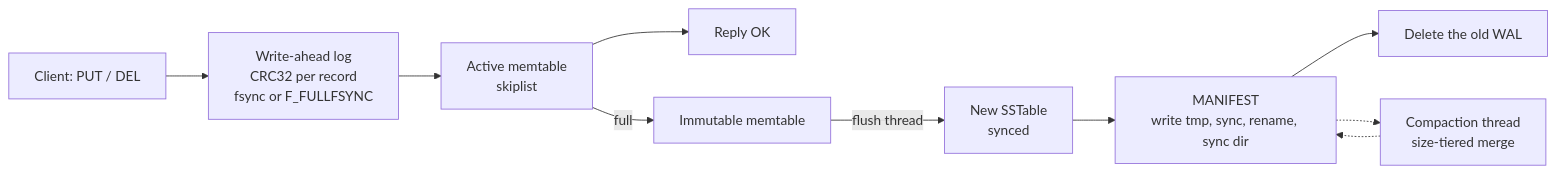
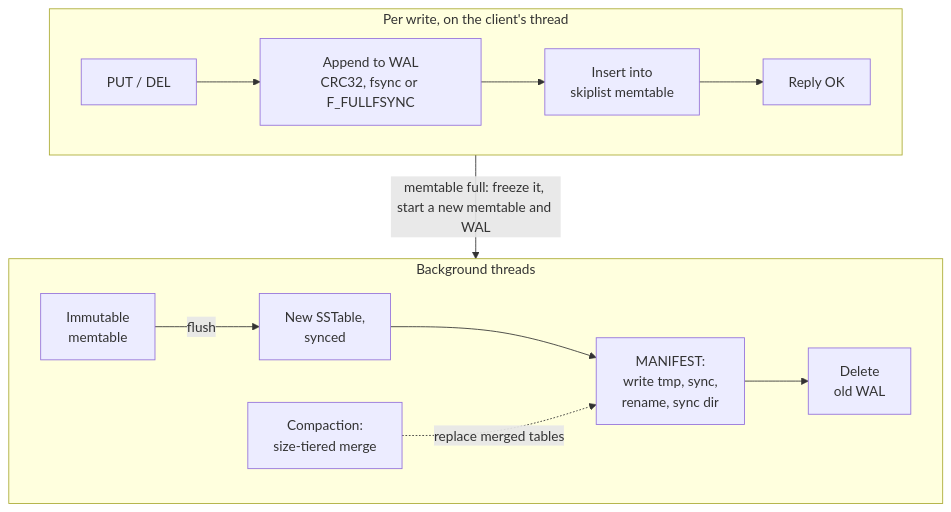
One commit to byteKumar/lsm-kv-store changed the first of 3 diagrams in README.md. Above: the diagram before and after it, drawn with Mermaid. The commit also changed other lines of this file, not shown here.

Commit message:
Make README diagrams fit on GitHub

````diff
--- a/README.md
+++ b/README.md
@@ -21,12 +21,13 @@
 ```mermaid
-flowchart LR
-    C["Client: PUT / DEL"] --> W["Write-ahead log<br/>CRC32 per record<br/>fsync or F_FULLFSYNC"]
-    W --> M["Active memtable<br/>skiplist"]
-    M --> OK["Reply OK"]
-    M -- "full" --> I["Immutable memtable"]
-    I -- "flush thread" --> S["New SSTable<br/>synced"]
-    S --> MF["MANIFEST<br/>write tmp, sync, rename, sync dir"]
-    MF --> D["Delete the old WAL"]
-    MF -.-> CP["Compaction thread<br/>size-tiered merge"]
-    CP -.-> MF
+flowchart TB
+    subgraph FG["Per write, on the client's thread"]
+        direction LR
+        C["PUT / DEL"] --> W["Append to WAL<br/>CRC32, fsync or F_FULLFSYNC"] --> M["Insert into<br/>skiplist memtable"] --> OK["Reply OK"]
+    end
+    subgraph BG["Background threads"]
+        direction LR
+        I["Immutable<br/>memtable"] -- "flush" --> S["New SSTable,<br/>synced"] --> MF["MANIFEST:<br/>write tmp, sync,<br/>rename, sync dir"] --> D["Delete<br/>old WAL"]
+        CP["Compaction:<br/>size-tiered merge"] -. "replace merged tables" .-> MF
+    end
+    FG -- "memtable full: freeze it, start a new memtable and WAL" --> BG
 ```
````
